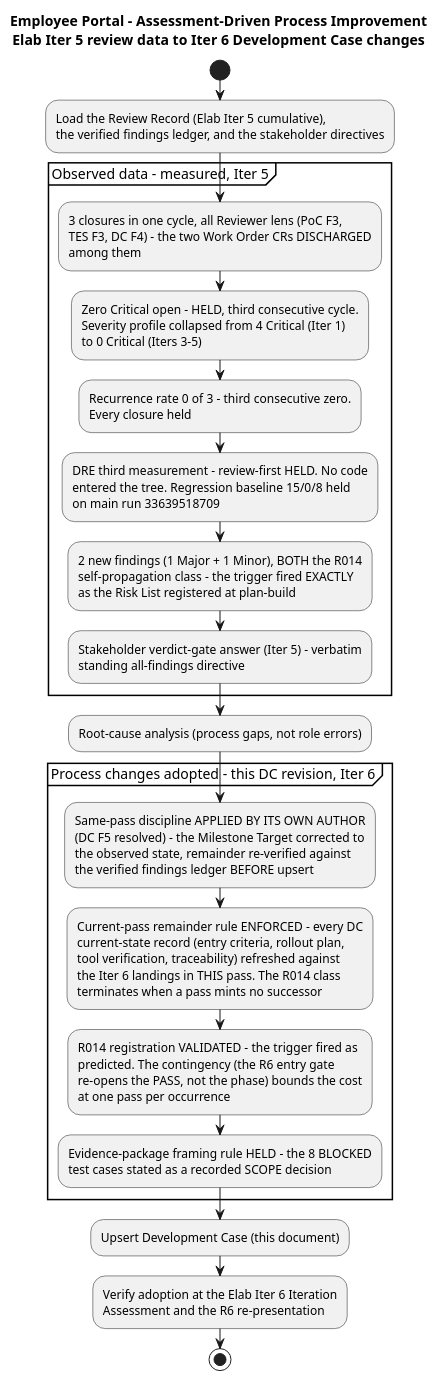
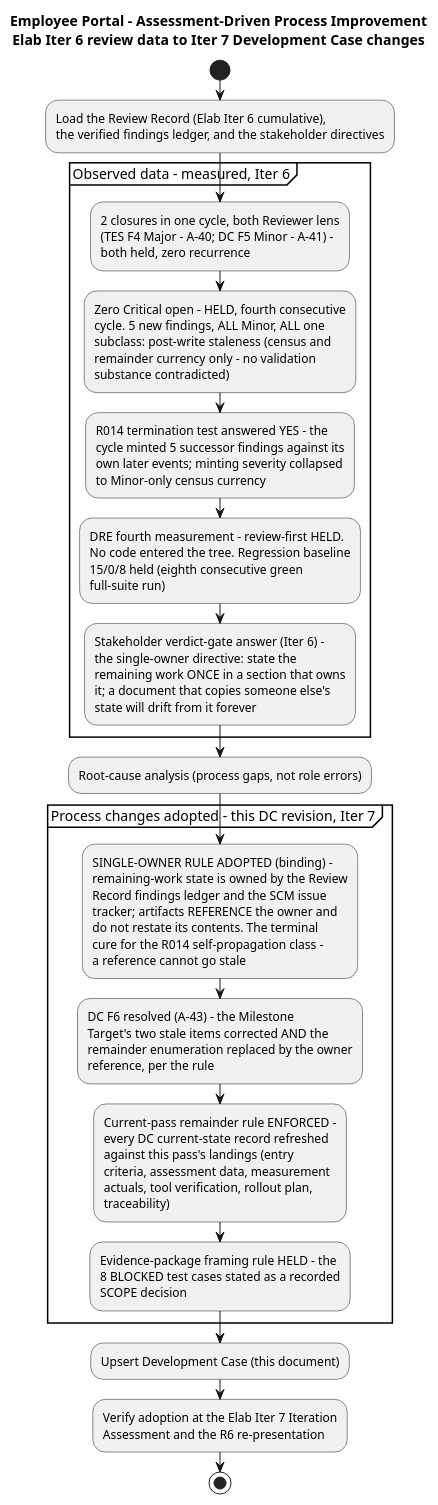
Before and after one commit to banense-test/employee-portal: the fourth of 4 diagrams in docs/artifacts/environment/development-case.md, drawn with PlantUML. The commit also changed other lines of this file, not shown here.

Commit message:
Process Engineer [E7]: upsert Development Case
[skip ci]

````diff
--- a/docs/artifacts/environment/development-case.md
+++ b/docs/artifacts/environment/development-case.md
@@ -291,50 +291,59 @@
 ```plantuml
 @startuml
-title Employee Portal - Assessment-Driven Process Improvement\nElab Iter 5 review data to Iter 6 Development Case changes
+title Employee Portal - Assessment-Driven Process Improvement\nElab Iter 6 review data to Iter 7 Development Case changes
 
 start
-:Load the Review Record (Elab Iter 5 cumulative),
+:Load the Review Record (Elab Iter 6 cumulative),
 the verified findings ledger, and the stakeholder directives;
-partition "Observed data - measured, Iter 5" {
-  :3 closures in one cycle, all Reviewer lens (PoC F3,
-  TES F3, DC F4) - the two Work Order CRs DISCHARGED
-  among them;
-  :Zero Critical open - HELD, third consecutive cycle.
-  Severity profile collapsed from 4 Critical (Iter 1)
-  to 0 Critical (Iters 3-5);
-  :Recurrence rate 0 of 3 - third consecutive zero.
-  Every closure held;
-  :DRE third measurement - review-first HELD. No code
-  entered the tree. Regression baseline 15/0/8 held
-  on main run 33639518709;
-  :2 new findings (1 Major + 1 Minor), BOTH the R014
-  self-propagation class - the trigger fired EXACTLY
-  as the Risk List registered at plan-build;
-  :Stakeholder verdict-gate answer (Iter 5) - verbatim
-  'No, please fix all findings' - reinforces the
-  standing all-findings directive;
+partition "Observed data - measured, Iter 6" {
+  :2 closures in one cycle, both Reviewer lens
+  (TES F4 Major - A-40; DC F5 Minor - A-41) -
+  both held, zero recurrence;
+  :Zero Critical open - HELD, fourth consecutive
+  cycle. 5 new findings, ALL Minor, ALL one
+  subclass: post-write staleness (census and
+  remainder currency only - no validation
+  substance contradicted);
+  :R014 termination test answered YES - the
+  cycle minted 5 successor findings against its
+  own later events; minting severity collapsed
+  to Minor-only census currency;
+  :DRE fourth measurement - review-first HELD.
+  No code entered the tree. Regression baseline
+  15/0/8 held (eighth consecutive green
+  full-suite run);
+  :Stakeholder verdict-gate answer (Iter 6) -
+  the single-owner directive: state the
+  remaining work ONCE in a section that owns
+  it; a document that copies someone else's
+  state will drift from it forever;
 }
 :Root-cause analysis (process gaps, not role errors);
-partition "Process changes adopted - this DC revision, Iter 6" {
-  :Same-pass discipline APPLIED BY ITS OWN AUTHOR
-  (DC F5 resolved) - the Milestone Target corrected to
-  the observed state, remainder re-verified against
-  the verified findings ledger BEFORE upsert;
-  :Current-pass remainder rule ENFORCED - every DC
-  current-state record (entry criteria, rollout plan,
-  tool verification, traceability) refreshed against
-  the Iter 6 landings in THIS pass. The R014 class
-  terminates when a pass mints no successor;
-  :R014 registration VALIDATED - the trigger fired as
-  predicted. The contingency (the R6 entry gate
-  re-opens the PASS, not the phase) bounds the cost
-  at one pass per occurrence;
-  :Evidence-package framing rule HELD - the 8 BLOCKED
-  test cases stated as a recorded SCOPE decision;
+partition "Process changes adopted - this DC revision, Iter 7" {
+  :SINGLE-OWNER RULE ADOPTED (binding) -
+  remaining-work state is owned by the Review
+  Record findings ledger and the SCM issue
+  tracker; artifacts REFERENCE the owner and
+  do not restate its contents. The terminal
+  cure for the R014 self-propagation class -
+  a reference cannot go stale;
+  :DC F6 resolved (A-43) - the Milestone
+  Target's two stale items corrected AND the
+  remainder enumeration replaced by the owner
+  reference, per the rule;
+  :Current-pass remainder rule ENFORCED -
+  every DC current-state record refreshed
+  against this pass's landings (entry
+  criteria, assessment data, measurement
+  actuals, tool verification, rollout plan,
+  traceability);
+  :Evidence-package framing rule HELD - the
+  8 BLOCKED test cases stated as a recorded
+  SCOPE decision;
 }
 :Upsert Development Case (this document);
-:Verify adoption at the Elab Iter 6 Iteration
+:Verify adoption at the Elab Iter 7 Iteration
 Assessment and the R6 re-presentation;
 stop
 @enduml
 ```
````
